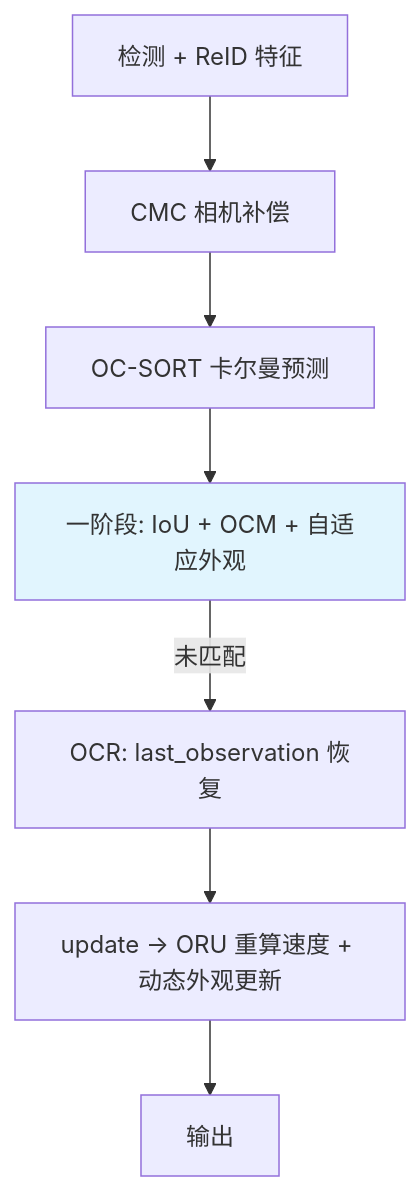
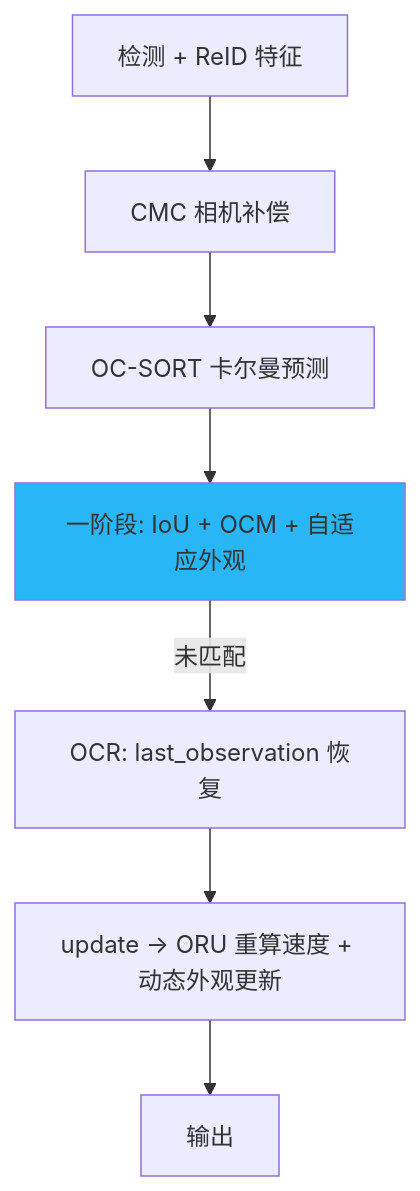
The fourth of 4 diagrams in docs/guides/tracking/deep-ocsort.md (yyq19990828/onnxtools), drawn with Mermaid before and after one commit. The commit also changed other lines of this file and 12 other files, not shown here.

First line of the commit message:
fix(docs): 修复 mermaid 暗色模式配色 + 语法报错 + 数学公式渲染

````diff
--- a/docs/guides/tracking/deep-ocsort.md
+++ b/docs/guides/tracking/deep-ocsort.md
@@ -56,10 +56,10 @@
 ```mermaid
 flowchart TD
     DET["检测 + ReID 特征"] --> CMC["CMC 相机补偿"]
     CMC --> PRED["OC-SORT 卡尔曼预测"]
     PRED --> S1["一阶段: IoU + OCM + 自适应外观"]
     S1 -->|未匹配| OCR["OCR: last_observation 恢复"]
     OCR --> UPD["update → ORU 重算速度 + 动态外观更新"]
     UPD --> OUT["输出"]
-    style S1 fill:#e1f5fe
+    style S1 fill:#29b6f6
 ```
````
